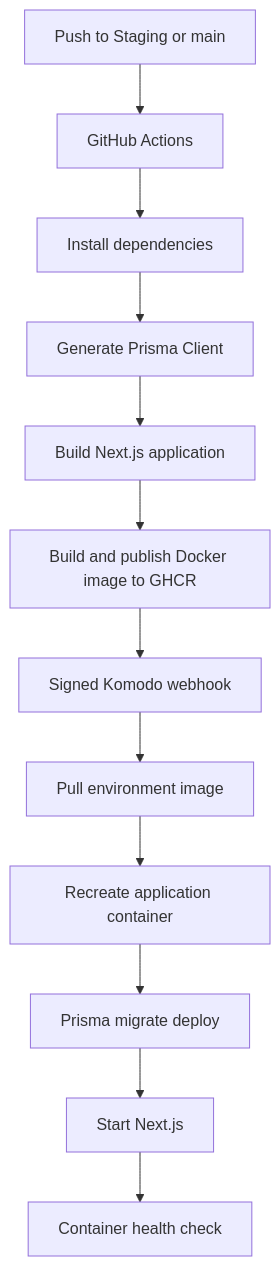
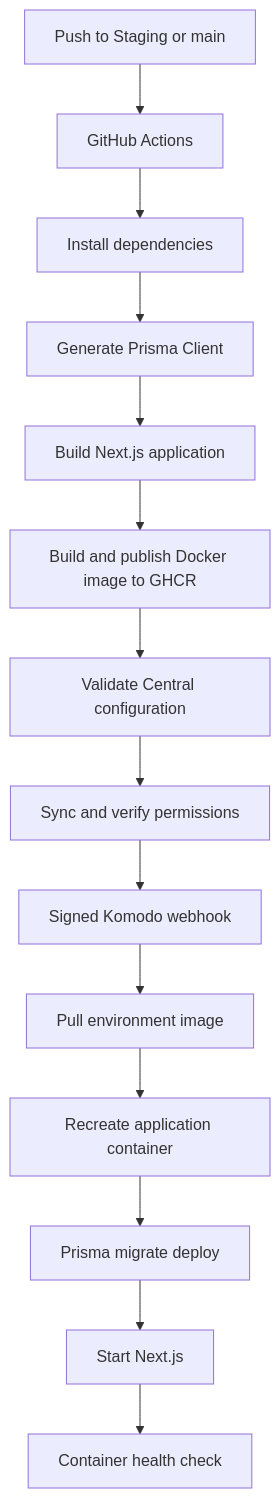
The second of 2 diagrams in README.md (MWS-MAD-Labs/mws-proofpoint), drawn with Mermaid before and after one commit. The commit also changed other lines of this file and 12 other files, not shown here.

````diff
--- a/README.md
+++ b/README.md
@@ -261,14 +263,16 @@
 ```mermaid
 flowchart TD
     A[Push to Staging or main] --> B[GitHub Actions]
     B --> C[Install dependencies]
     C --> D[Generate Prisma Client]
     D --> E[Build Next.js application]
     E --> F[Build and publish Docker image to GHCR]
-    F --> G[Signed Komodo webhook]
-    G --> H[Pull environment image]
-    H --> I[Recreate application container]
-    I --> J[Prisma migrate deploy]
-    J --> K[Start Next.js]
-    K --> L[Container health check]
+    F --> G[Validate Central configuration]
+    G --> H[Sync and verify permissions]
+    H --> I[Signed Komodo webhook]
+    I --> J[Pull environment image]
+    J --> K[Recreate application container]
+    K --> L[Prisma migrate deploy]
+    L --> M[Start Next.js]
+    M --> N[Container health check]
 ```
````
